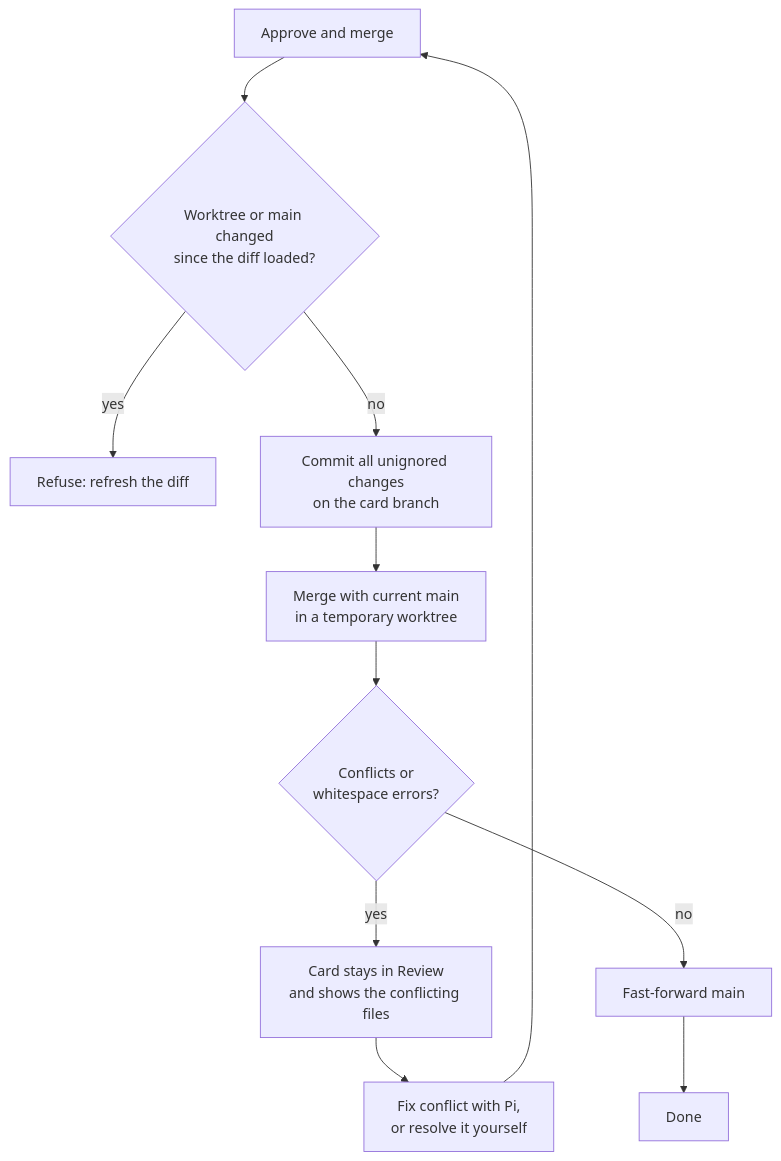
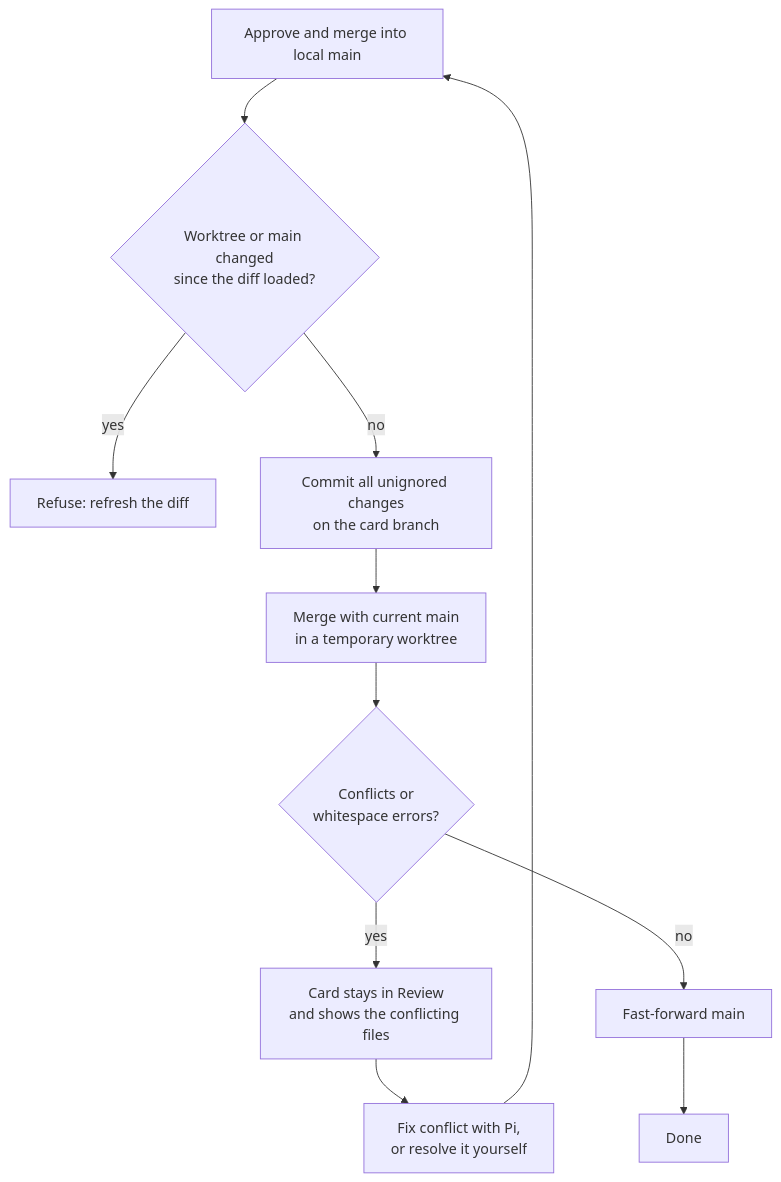
Before and after one commit to aglowinthefield/bakery: the third of 5 diagrams in README.md, drawn with Mermaid. The commit also changed other lines of this file and 9 other files, not shown here.

````diff
--- a/README.md
+++ b/README.md
@@ -131,13 +131,13 @@
 ```mermaid
 flowchart TD
-  A[Approve and merge] --> B{Worktree or main changed<br/>since the diff loaded?}
+  A[Approve and merge into local main] --> B{Worktree or main changed<br/>since the diff loaded?}
   B -->|yes| R[Refuse: refresh the diff]
   B -->|no| C[Commit all unignored changes<br/>on the card branch]
   C --> D[Merge with current main<br/>in a temporary worktree]
   D --> E{Conflicts or<br/>whitespace errors?}
   E -->|yes| F[Card stays in Review<br/>and shows the conflicting files]
   F --> G[Fix conflict with Pi,<br/>or resolve it yourself]
   G --> A
   E -->|no| H[Fast-forward main]
   H --> I[Done]
 ```
````
